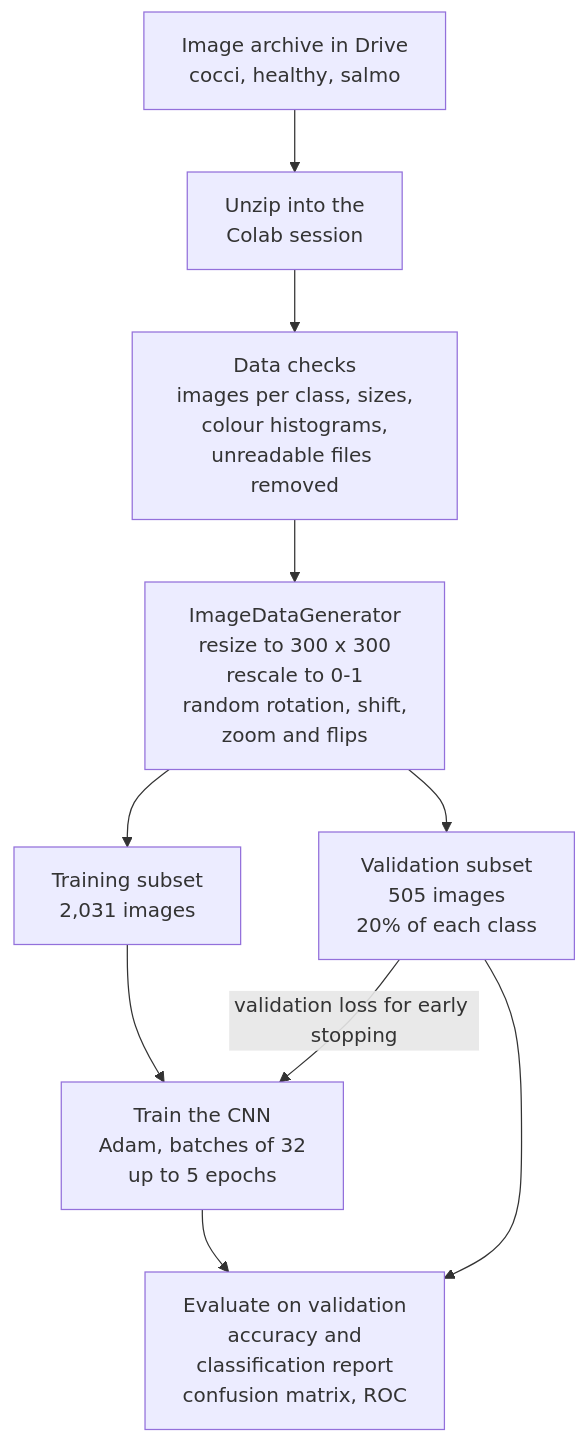
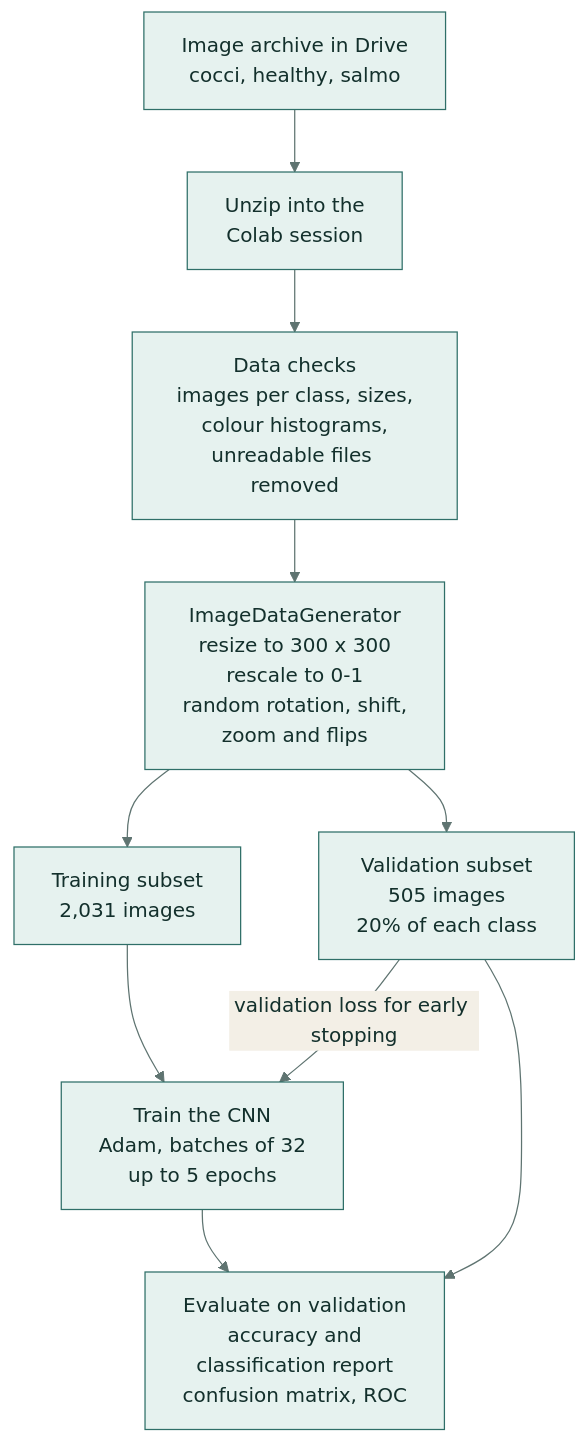
Before and after one commit to samiulhuda360/Diagnosing-Chicken-Diseases-via-Convolutional-Neural-Networks: the second of 2 diagrams in README.md, drawn with Mermaid. The commit also changed other lines of this file, not shown here.

Commit message:
Docs: use the teal diagram theme

````diff
--- a/README.md
+++ b/README.md
@@ -59,12 +60,13 @@
 ```mermaid
+%%{init: {"theme": "base", "themeVariables": {"primaryColor": "#e6f2ef", "primaryBorderColor": "#2f6f68", "primaryTextColor": "#13302c", "lineColor": "#5f7471", "secondaryColor": "#f3efe6", "tertiaryColor": "#f7f8f6"}}}%%
 flowchart TD
     ZIP["Image archive in Drive<br/>cocci, healthy, salmo"] --> EXT["Unzip into the<br/>Colab session"]
     EXT --> CHK["Data checks<br/>images per class, sizes,<br/>colour histograms,<br/>unreadable files removed"]
     CHK --> GEN["ImageDataGenerator<br/>resize to 300 x 300<br/>rescale to 0-1<br/>random rotation, shift,<br/>zoom and flips"]
     GEN --> TR["Training subset<br/>2,031 images"]
     GEN --> VA["Validation subset<br/>505 images<br/>20% of each class"]
     TR --> FIT["Train the CNN<br/>Adam, batches of 32<br/>up to 5 epochs"]
     VA -->|"validation loss for early stopping"| FIT
     FIT --> EV["Evaluate on validation<br/>accuracy and<br/>classification report<br/>confusion matrix, ROC"]
     VA --> EV
 ```
````
